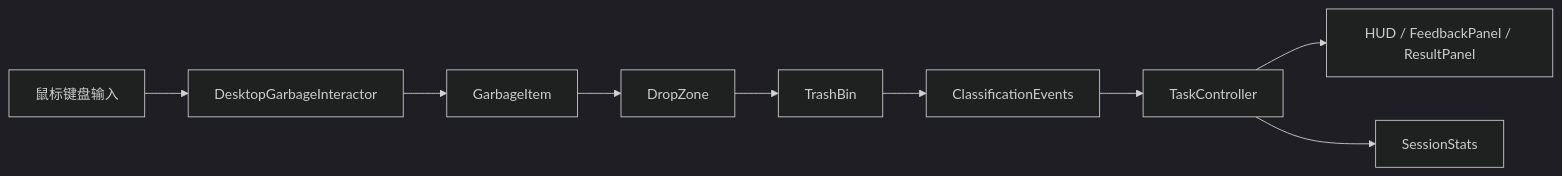
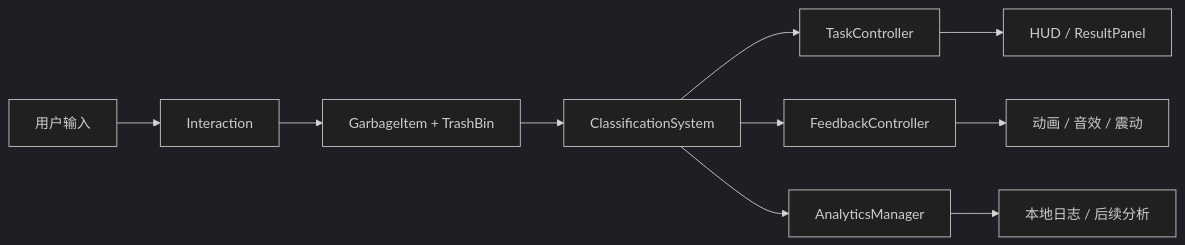
Before and after one commit to LiuAHao/vr-waste-sorting: the diagram in docs/PROJECT_STRUCTURE.md, drawn with Mermaid (dark theme). The commit also changed other lines of this file, not shown here.

````diff
--- a/docs/PROJECT_STRUCTURE.md
+++ b/docs/PROJECT_STRUCTURE.md
@@ -421,11 +210,12 @@
 ```mermaid
 flowchart LR
-    A[鼠标键盘输入] --> B[DesktopGarbageInteractor]
-    B --> C[GarbageItem]
-    C --> D[DropZone]
-    D --> E[TrashBin]
-    E --> F[ClassificationEvents]
-    F --> G[TaskController]
-    G --> H[HUD / FeedbackPanel / ResultPanel]
-    G --> I[SessionStats]
+    A[用户输入] --> B[Interaction]
+    B --> C[GarbageItem + TrashBin]
+    C --> D[ClassificationSystem]
+    D --> E[TaskController]
+    D --> F[FeedbackController]
+    D --> G[AnalyticsManager]
+    E --> H[HUD / ResultPanel]
+    F --> I[动画 / 音效 / 震动]
+    G --> J[本地日志 / 后续分析]
 ```
````
